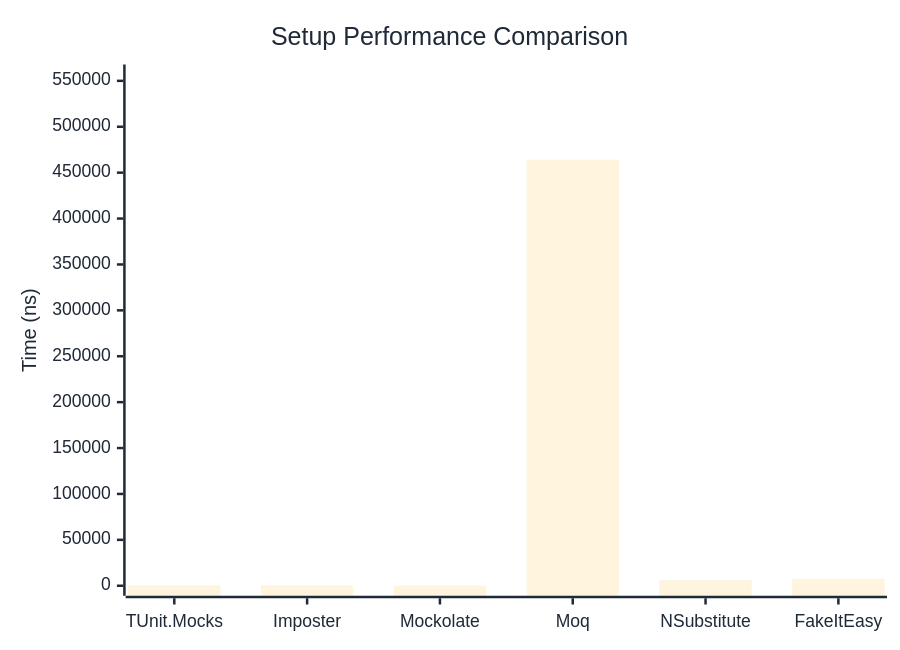
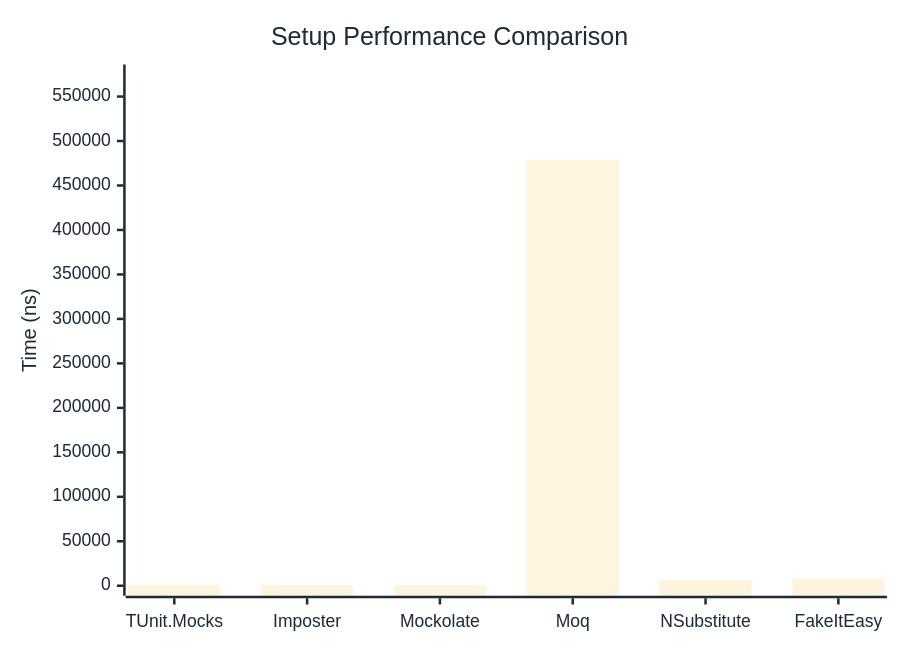
The first of 2 diagrams in docs/docs/benchmarks/mocks/Setup.md (thomhurst/TUnit), drawn with Mermaid before and after one commit. The commit also changed other lines of this file and 14 other files, not shown here.

````diff
--- a/docs/docs/benchmarks/mocks/Setup.md
+++ b/docs/docs/benchmarks/mocks/Setup.md
@@ -30,27 +30,27 @@
 ```mermaid
 %%{init: {
   'theme':'base',
   'themeVariables': {
     'primaryColor': '#2563eb',
     'primaryTextColor': '#1f2937',
     'primaryBorderColor': '#1e40af',
     'lineColor': '#6b7280',
     'secondaryColor': '#7c3aed',
     'tertiaryColor': '#dc2626',
     'background': '#ffffff',
     'pie1': '#2563eb',
     'pie2': '#7c3aed',
     'pie3': '#dc2626',
     'pie4': '#f59e0b',
     'pie5': '#10b981',
     'pie6': '#06b6d4',
     'pie7': '#ec4899',
     'pie8': '#6366f1'
   }
 }}%%
 xychart-beta
   title "Setup Performance Comparison"
   x-axis ["TUnit.Mocks", "Imposter", "Mockolate", "Moq", "NSubstitute", "FakeItEasy"]
-  y-axis "Time (ns)" 0 --> 556921
-  bar [479.9, 286.7, 279.6, 464100.7, 5980.5, 7578.4]
+  y-axis "Time (ns)" 0 --> 574783
+  bar [525.7, 302.1, 298.2, 478985.3, 6345.5, 7538.4]
 ```
````
